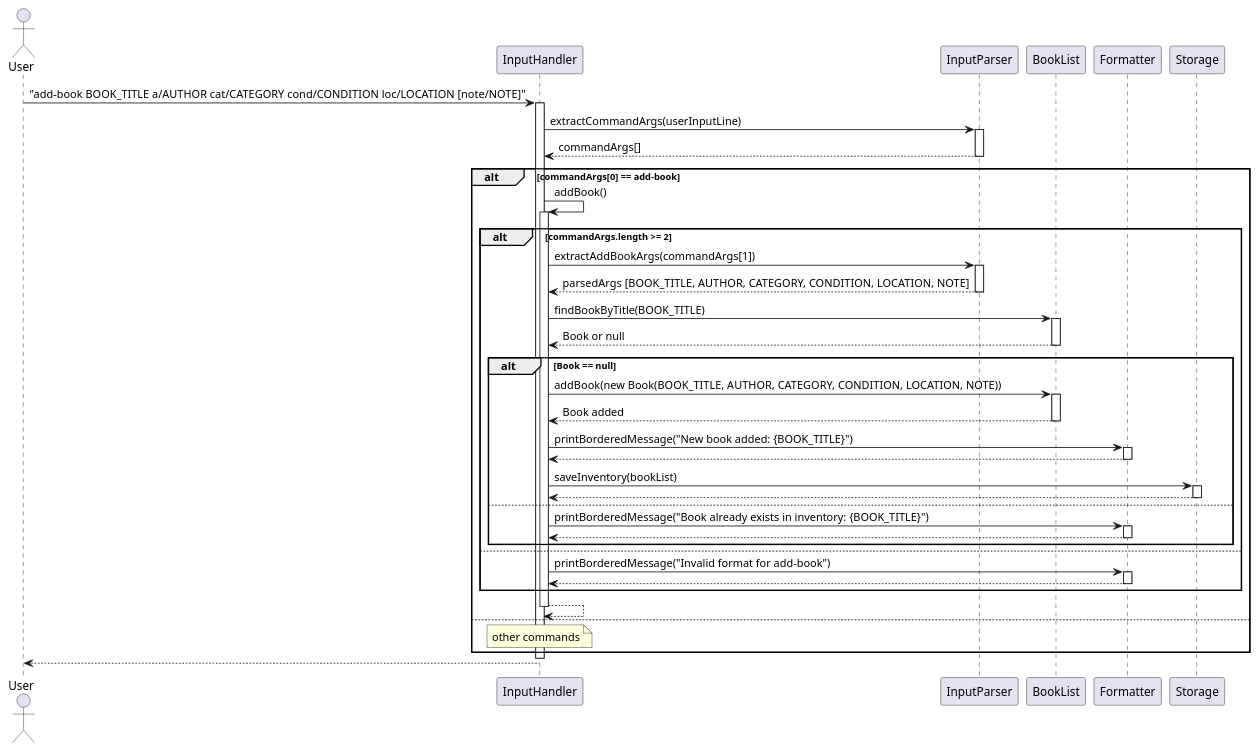
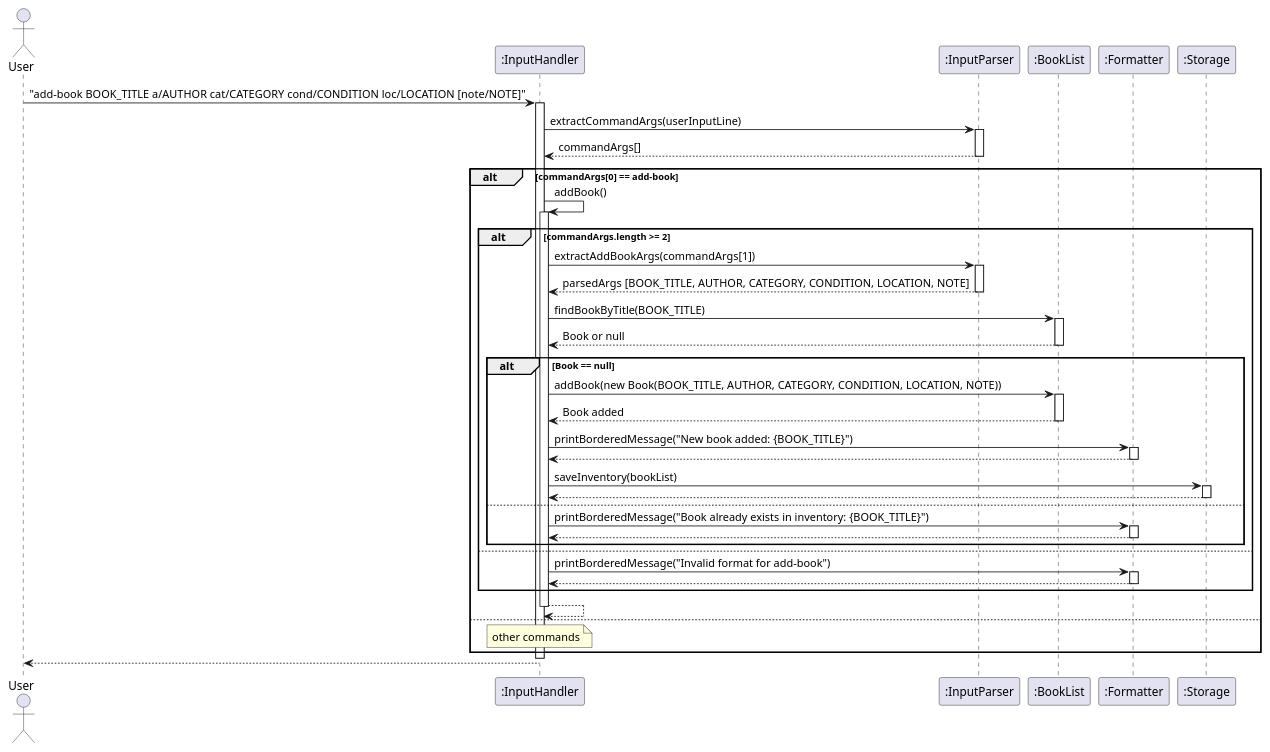
One commit to AY2425S2-CS2113-T12-2/tp changed the diagram in docs/diagrams/addBook.puml. Above: the diagram before and after it, drawn with PlantUML. The commit also changed 19 other files, not shown here.

```diff
--- a/docs/diagrams/addBook.puml
+++ b/docs/diagrams/addBook.puml
@@ -1,77 +1,77 @@
 @startuml
 actor User
-participant InputHandler
-participant InputParser
-participant BookList
-participant Formatter
-participant Storage
+participant InputHandler as ":InputHandler"
+participant InputParser as ":InputParser"
+participant BookList as ":BookList"
+participant Formatter as ":Formatter"
+participant Storage as ":Storage"
 
 User -> InputHandler: "add-book BOOK_TITLE a/AUTHOR cat/CATEGORY cond/CONDITION loc/LOCATION [note/NOTE]"
 activate InputHandler
 
 InputHandler -> InputParser: extractCommandArgs(userInputLine)
 activate InputParser
 
 InputParser --> InputHandler: commandArgs[]
 deactivate InputParser
 
 alt commandArgs[0] == add-book
     InputHandler -> InputHandler : addBook()
     activate InputHandler
 
 alt commandArgs.length >= 2
     InputHandler -> InputParser: extractAddBookArgs(commandArgs[1])
     activate InputParser
 
     InputParser --> InputHandler: parsedArgs [BOOK_TITLE, AUTHOR, CATEGORY, CONDITION, LOCATION, NOTE]
     deactivate InputParser
 
     InputHandler -> BookList: findBookByTitle(BOOK_TITLE)
     activate BookList
 
     BookList --> InputHandler: Book or null
     deactivate BookList
 
     alt Book == null
         InputHandler -> BookList: addBook(new Book(BOOK_TITLE, AUTHOR, CATEGORY, CONDITION, LOCATION, NOTE))
         activate BookList
         BookList --> InputHandler: Book added
         deactivate BookList
 
         InputHandler -> Formatter: printBorderedMessage("New book added: {BOOK_TITLE}")
         activate Formatter
 
         Formatter --> InputHandler
         deactivate Formatter
 
         InputHandler -> Storage: saveInventory(bookList)
         activate Storage
 
         Storage --> InputHandler
         deactivate Storage
 
 
     else
         InputHandler -> Formatter: printBorderedMessage("Book already exists in inventory: {BOOK_TITLE}")
         activate Formatter
         Formatter --> InputHandler
         deactivate Formatter
     end
 
     else
         InputHandler -> Formatter: printBorderedMessage("Invalid format for add-book")
         activate Formatter
         Formatter --> InputHandler
         deactivate Formatter
     end
 
 InputHandler --> InputHandler
 deactivate InputHandler
 
 else
     note over InputHandler : other commands
 end
 
 deactivate InputHandler
 InputHandler --> User
 @enduml
```
